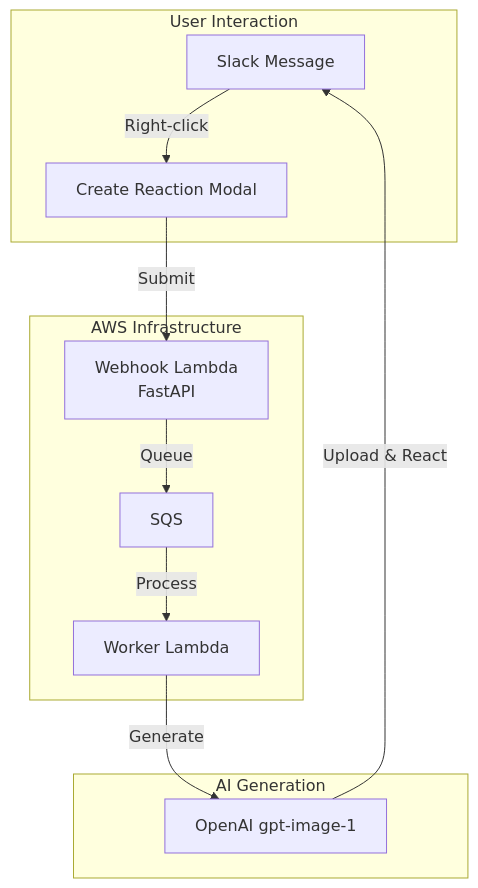
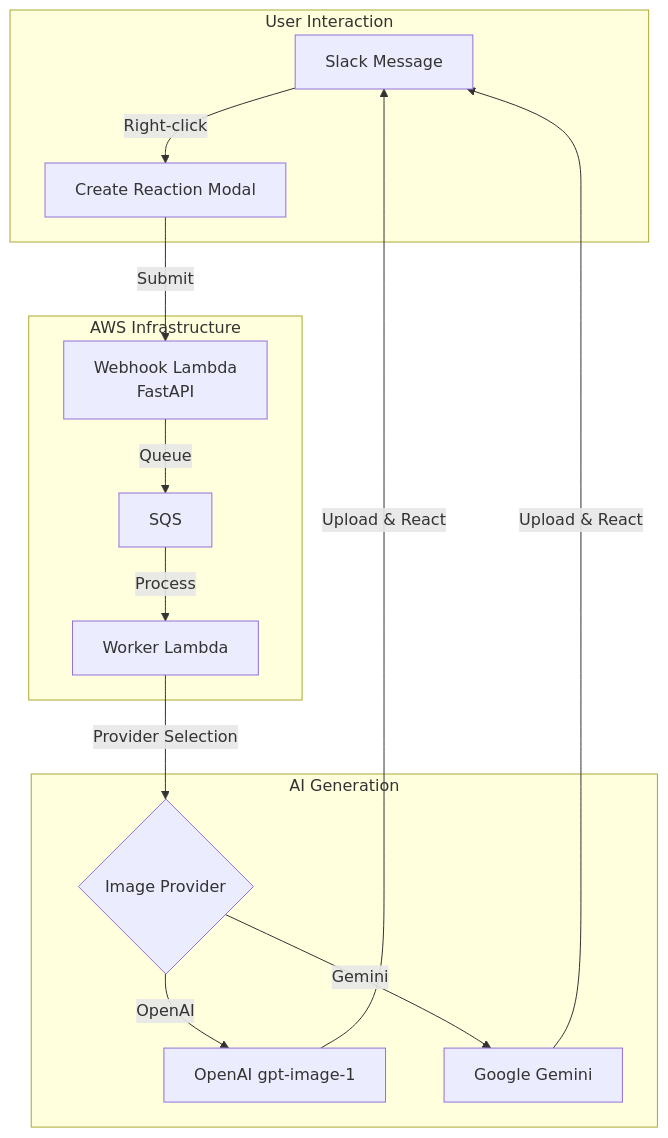
One commit to willtech3/emoji-smith changed the diagram in README.md. Above: the diagram before and after it, drawn with Mermaid. The commit also changed other lines of this file and 31 other files, not shown here.

First line of the commit message:
feat(image-gen): add multi-provider image generation with Google Gemini support

````diff
--- a/README.md
+++ b/README.md
@@ -19,17 +20,20 @@
 ```mermaid
 graph TB
     subgraph "User Interaction"
         A[Slack Message] -->|Right-click| B[Create Reaction Modal]
     end
 
     subgraph "AWS Infrastructure"
         B -->|Submit| C[Webhook Lambda<br/>FastAPI]
         C -->|Queue| D[SQS]
         D -->|Process| E[Worker Lambda]
     end
 
     subgraph "AI Generation"
-        E -->|Generate| F[OpenAI gpt-image-1]
-        F -->|Upload & React| A
+        E -->|Provider Selection| F{Image Provider}
+        F -->|OpenAI| G[OpenAI gpt-image-1]
+        F -->|Gemini| H[Google Gemini]
+        G -->|Upload & React| A
+        H -->|Upload & React| A
     end
 ```
````
